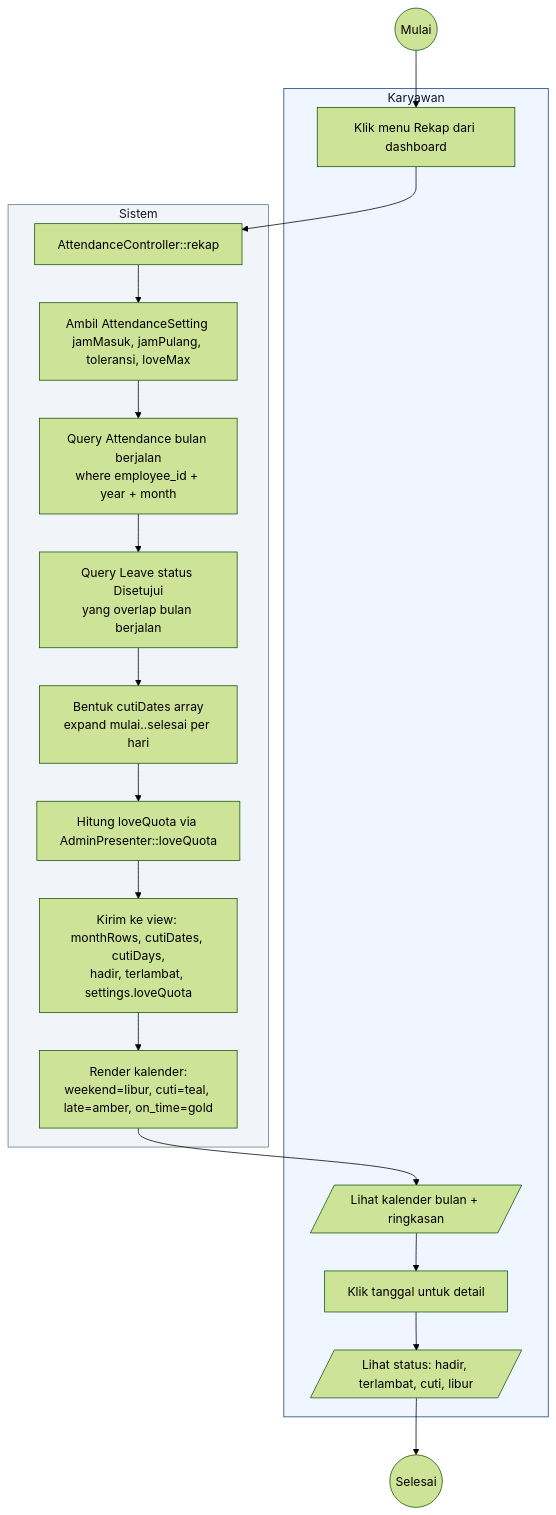
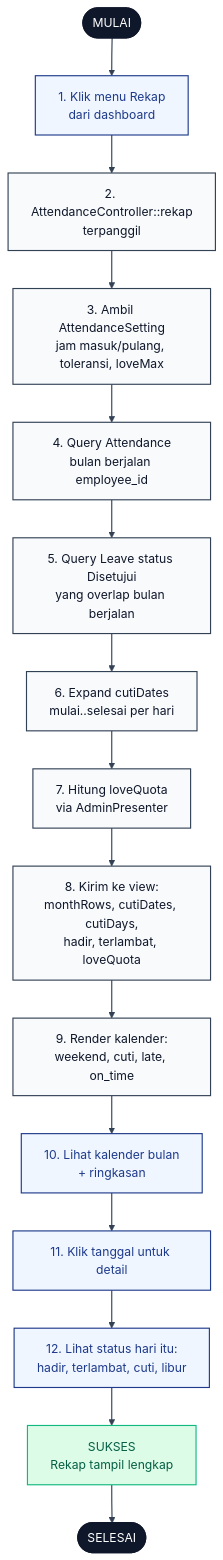
The diagram in docs/activity-diagrams/10-rekap-kehadiran.md (radacore/absensi-pu), drawn with Mermaid (forest theme) before and after one commit. The commit also changed other lines of this file and 22 other files, not shown here.

First line of the commit message:
docs(diagram): terapkan pola mermaid flowchart TD ke 23 diagram sisanya

````diff
--- a/docs/activity-diagrams/10-rekap-kehadiran.md
+++ b/docs/activity-diagrams/10-rekap-kehadiran.md
@@ -11,40 +11,45 @@
 ```mermaid
 flowchart TD
-    Start((Mulai)) --> K1
+    START([MULAI]):::se
 
-    subgraph Karyawan[Karyawan]
-        K1[Klik menu Rekap dari dashboard]
-        K2[/Lihat kalender bulan + ringkasan/]
-        K3[Klik tanggal untuk detail]
-        K4[/Lihat status: hadir, terlambat, cuti, libur/]
-    end
+    A1["1. Klik menu Rekap<br/>dari dashboard"]:::user
+    S1["2. AttendanceController::rekap<br/>terpanggil"]:::sys
+    S2["3. Ambil AttendanceSetting<br/>jam masuk/pulang, toleransi, loveMax"]:::sys
+    S3["4. Query Attendance<br/>bulan berjalan employee_id"]:::sys
+    S4["5. Query Leave status Disetujui<br/>yang overlap bulan berjalan"]:::sys
+    S5["6. Expand cutiDates<br/>mulai..selesai per hari"]:::sys
+    S6["7. Hitung loveQuota<br/>via AdminPresenter"]:::sys
+    S7["8. Kirim ke view:<br/>monthRows, cutiDates, cutiDays,<br/>hadir, terlambat, loveQuota"]:::sys
+    S8["9. Render kalender:<br/>weekend, cuti, late, on_time"]:::sys
 
-    subgraph Sistem[Sistem]
-        S1[AttendanceController::rekap]
-        S2[Ambil AttendanceSetting jamMasuk, jamPulang, toleransi, loveMax]
-        S3[Query Attendance bulan berjalan<br/>where employee_id + year + month]
-        S4[Query Leave status Disetujui<br/>yang overlap bulan berjalan]
-        S5[Bentuk cutiDates array<br/>expand mulai..selesai per hari]
-        S6[Hitung loveQuota via AdminPresenter::loveQuota]
-        S7[Kirim ke view: monthRows, cutiDates, cutiDays,<br/>hadir, terlambat, settings.loveQuota]
-        S8[Render kalender:<br/>weekend=libur, cuti=teal, late=amber, on_time=gold]
-    end
+    A2["10. Lihat kalender bulan<br/>+ ringkasan"]:::user
+    A3["11. Klik tanggal untuk detail"]:::user
+    A4["12. Lihat status hari itu:<br/>hadir, terlambat, cuti, libur"]:::user
 
-    K1 --> S1
+    OK["SUKSES<br/>Rekap tampil lengkap"]:::ok
+    END([SELESAI]):::se
+
+    START --> A1
+    A1 --> S1
     S1 --> S2
     S2 --> S3
     S3 --> S4
     S4 --> S5
     S5 --> S6
     S6 --> S7
     S7 --> S8
-    S8 --> K2
-    K2 --> K3
-    K3 --> K4
-    K4 --> End((Selesai))
+    S8 --> A2
+    A2 --> A3
+    A3 --> A4
+    A4 --> OK
+    OK --> END
 
-    classDef actor fill:#EFF6FF,stroke:#1E3A8A,stroke-width:1px,color:#0F172A
-    classDef system fill:#F1F5F9,stroke:#64748B,stroke-width:1px,color:#0F172A
-    class Karyawan actor
-    class Sistem system
+    classDef se fill:#0F172A,stroke:#0F172A,color:#fff,stroke-width:2px
+    classDef user fill:#EFF6FF,stroke:#1E3A8A,color:#1E3A8A,stroke-width:1.5px
+    classDef sys fill:#F8FAFC,stroke:#334155,color:#0F172A,stroke-width:1.5px
+    classDef dec fill:#FEF3C7,stroke:#F59E0B,color:#92400E,stroke-width:1.5px
+    classDef err fill:#FEE2E2,stroke:#EF4444,color:#991B1B,stroke-width:1.5px
+    classDef ok fill:#DCFCE7,stroke:#10B981,color:#065F46,stroke-width:1.5px
+
+    linkStyle default stroke:#334155,stroke-width:1.5px
 ```
````
